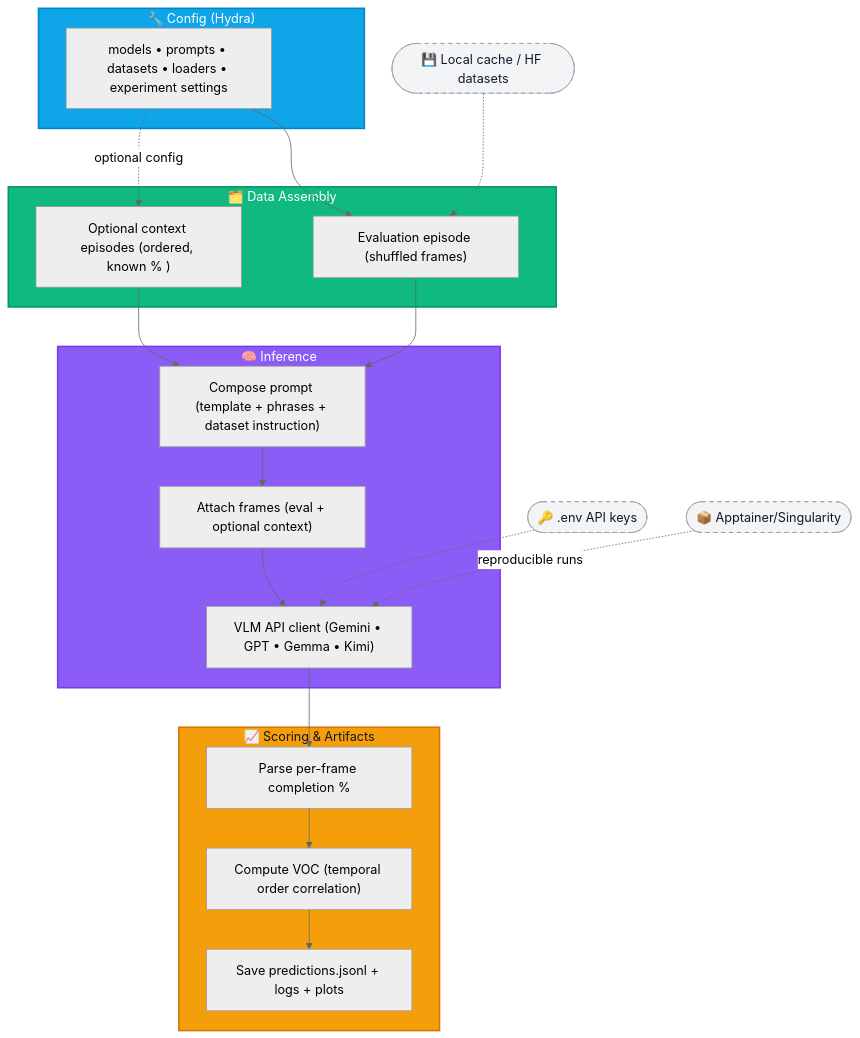
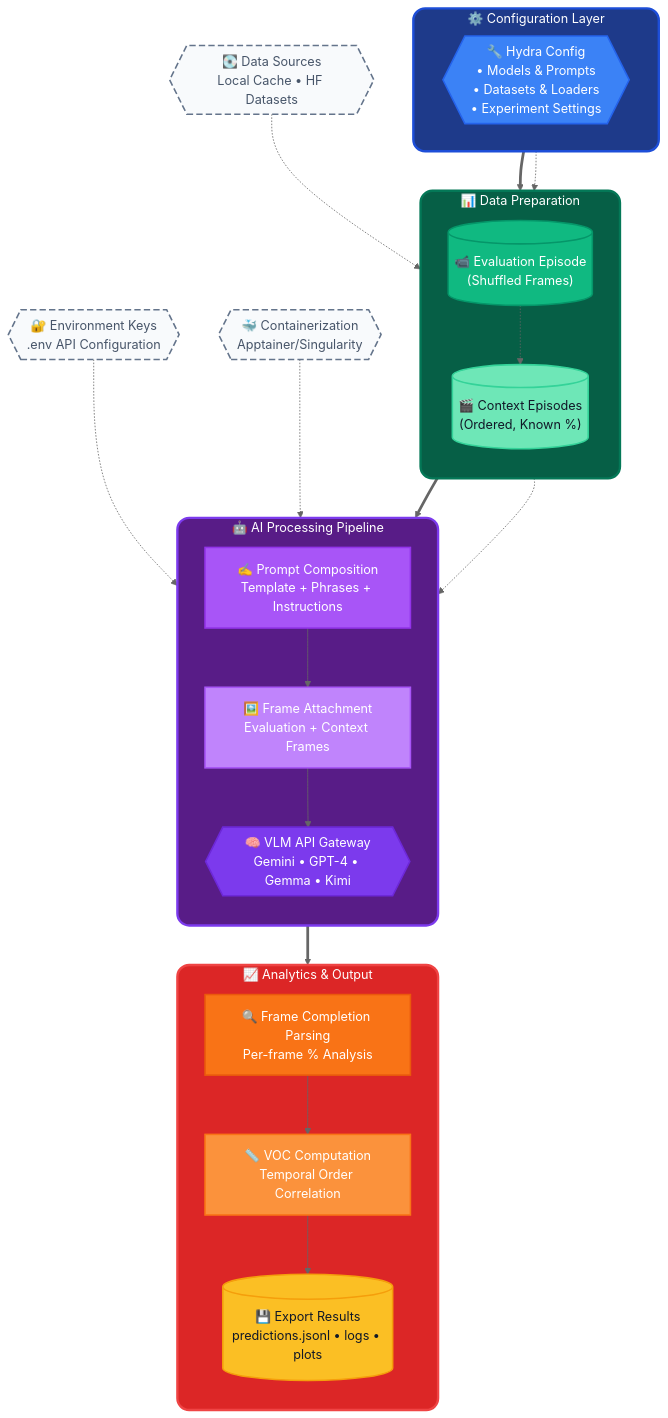
Before and after one commit to budzianowski/opengvl: the diagram in README.md, drawn with Mermaid (neutral theme).

Commit message:
Revise architecture overview for improved UX
Updated architecture diagram for OpenGVL pipeline to enhance user experience and clarity.

````diff
--- a/README.md
+++ b/README.md
@@ -73,43 +73,69 @@
 ```mermaid
 flowchart TB
-  %% High-level overview of the OpenGVL pipeline (top-down for readability)
-
-  subgraph S0["🔧 Config (Hydra)"]
-    C1["models • prompts • datasets • loaders • experiment settings"]
+  %% Enhanced OpenGVL pipeline with improved UX
+  subgraph S0["⚙️ Configuration Layer"]
+    direction LR
+    C1{{"🔧 Hydra Config<br/>• Models & Prompts<br/>• Datasets & Loaders<br/>• Experiment Settings"}}
   end
-
-  subgraph S1["🗂️ Data Assembly"]
-    D1["Evaluation episode (shuffled frames)"]
-    D2["Optional context episodes (ordered, known % )"]
+  
+  subgraph S1["📊 Data Preparation"]
+    direction TB
+    D1[("📹 Evaluation Episode<br/>(Shuffled Frames)")]
+    D2[("🎬 Context Episodes<br/>(Ordered, Known %)")]
+    D1 -.-> D2
   end
-
-  subgraph S2["🧠 Inference"]
-    I1["Compose prompt (template + phrases + dataset instruction)"]
-    I2["Attach frames (eval + optional context)"]
-    I3["VLM API client (Gemini • GPT • Gemma • Kimi)"]
+  
+  subgraph S2["🤖 AI Processing Pipeline"]
+    direction TB
+    I1["✍️ Prompt Composition<br/>Template + Phrases + Instructions"]
+    I2["🖼️ Frame Attachment<br/>Evaluation + Context Frames"]
+    I3{{"🧠 VLM API Gateway<br/>Gemini • GPT-4 • Gemma • Kimi"}}
+    I1 --> I2 --> I3
   end
-
-  subgraph S3["📈 Scoring & Artifacts"]
-    E1["Parse per-frame completion %"]
-    E2["Compute VOC (temporal order correlation)"]
-    E3["Save predictions.jsonl + logs + plots"]
+  
+  subgraph S3["📈 Analytics & Output"]
+    direction TB
+    E1["🔍 Frame Completion Parsing<br/>Per-frame % Analysis"]
+    E2["📏 VOC Computation<br/>Temporal Order Correlation"]
+    E3[("💾 Export Results<br/>predictions.jsonl • logs • plots")]
+    E1 --> E2 --> E3
   end
-
-  C1 --> D1
-  C1 -. optional config .-> D2
-  D1 --> I1
-  D2 --> I1
-  I1 --> I2 --> I3 --> E1 --> E2 --> E3
-
-  K1([🔑 .env API keys]) -.-> I3
-  K2([📦 Apptainer/Singularity]) -. reproducible runs .-> I3
-  K3([💾 Local cache / HF datasets]) -.-> D1
-
-  style S0 fill:#0ea5e9,stroke:#0284c7,color:#fff,stroke-width:2px
-  style S1 fill:#10b981,stroke:#059669,color:#fff,stroke-width:2px
-  style S2 fill:#8b5cf6,stroke:#7c3aed,color:#fff,stroke-width:2px
-  style S3 fill:#f59e0b,stroke:#d97706,color:#111827,stroke-width:2px
-
-  classDef optional fill:#f3f4f6,stroke:#9ca3af,color:#111827,stroke-dasharray: 5 5
-  class K1,K2,K3 optional
+  
+  %% External Dependencies
+  K1{{🔐 Environment Keys<br/>.env API Configuration}}
+  K2{{🐳 Containerization<br/>Apptainer/Singularity}}
+  K3{{💽 Data Sources<br/>Local Cache • HF Datasets}}
+  
+  %% Main flow connections
+  C1 ==> D1
+  C1 -.-> D2
+  D1 ==> I1
+  D2 -.-> I1
+  I3 ==> E1
+  
+  %% External connections
+  K1 -.-> I3
+  K2 -.-> S2
+  K3 -.-> D1
+  
+  %% Enhanced styling
+  style S0 fill:#1e3a8a,stroke:#1d4ed8,color:#ffffff,stroke-width:3px,rx:15
+  style S1 fill:#065f46,stroke:#047857,color:#ffffff,stroke-width:3px,rx:15
+  style S2 fill:#581c87,stroke:#7c3aed,color:#ffffff,stroke-width:3px,rx:15
+  style S3 fill:#dc2626,stroke:#ef4444,color:#ffffff,stroke-width:3px,rx:15
+  
+  %% Node styling
+  style C1 fill:#3b82f6,stroke:#2563eb,color:#ffffff,stroke-width:2px
+  style D1 fill:#10b981,stroke:#059669,color:#ffffff,stroke-width:2px
+  style D2 fill:#6ee7b7,stroke:#34d399,color:#111827,stroke-width:2px
+  style I1 fill:#a855f7,stroke:#9333ea,color:#ffffff,stroke-width:2px
+  style I2 fill:#c084fc,stroke:#a855f7,color:#ffffff,stroke-width:2px
+  style I3 fill:#7c3aed,stroke:#6d28d9,color:#ffffff,stroke-width:2px
+  style E1 fill:#f97316,stroke:#ea580c,color:#ffffff,stroke-width:2px
+  style E2 fill:#fb923c,stroke:#f97316,color:#ffffff,stroke-width:2px
+  style E3 fill:#fbbf24,stroke:#f59e0b,color:#111827,stroke-width:2px
+  
+  %% External dependency styling
+  classDef external fill:#f8fafc,stroke:#64748b,color:#475569,stroke-width:2px,stroke-dasharray:8 4
+  class K1,K2,K3 external
 ```
````
